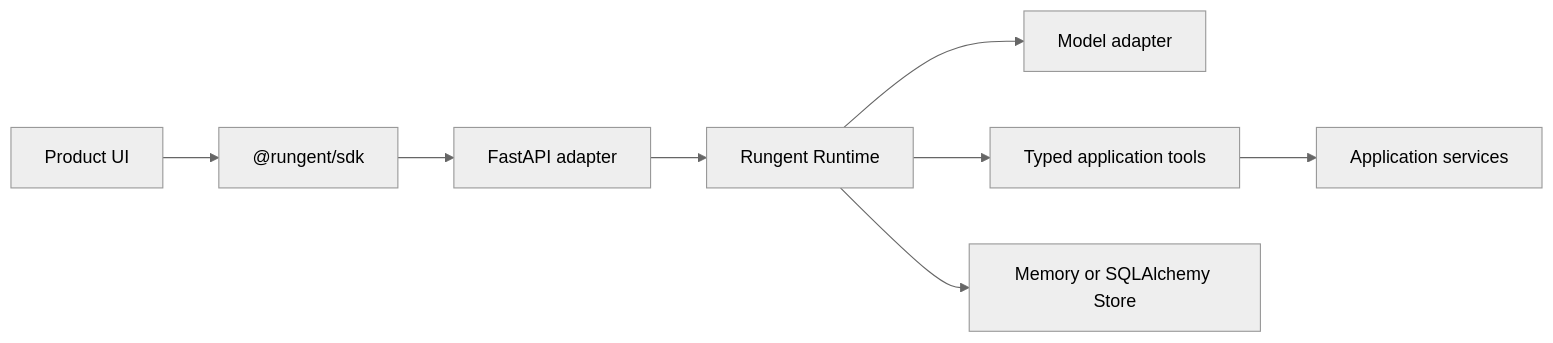
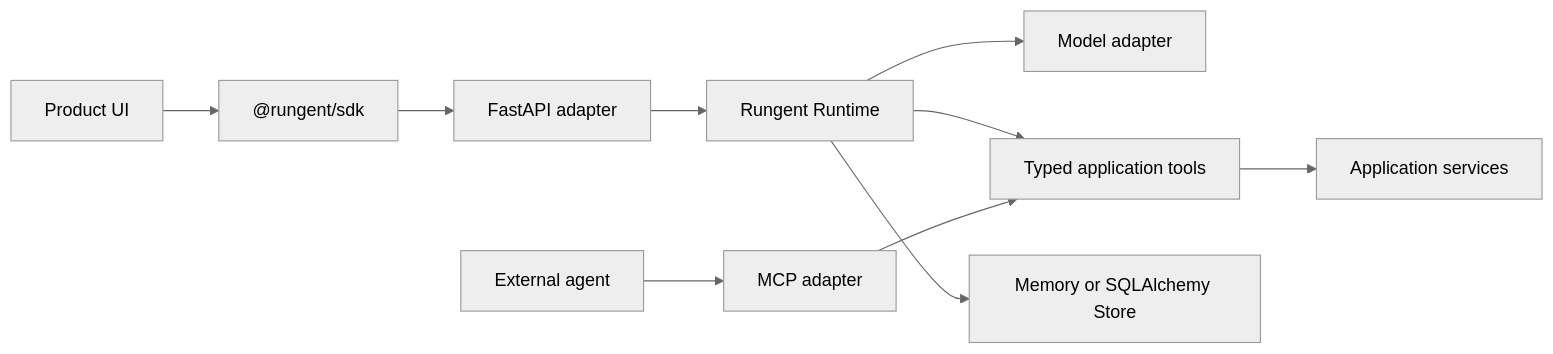
Before and after one commit to rungent/rungent: the first of 2 diagrams in docs/architecture.mdx, drawn with Mermaid (neutral theme). The commit also changed other lines of this file and 17 other files, not shown here.

First line of the commit message:
Add an in-process MCP adapter and Skill export for the same @tool catalog.

````diff
--- a/docs/architecture.mdx
+++ b/docs/architecture.mdx
@@ -12,10 +12,12 @@
 ```mermaid
 flowchart LR
   UI["Product UI"] --> SDK["@rungent/sdk"]
   SDK --> HTTP["FastAPI adapter"]
   HTTP --> Runtime["Rungent Runtime"]
   Runtime --> Model["Model adapter"]
   Runtime --> Tools["Typed application tools"]
   Runtime --> Store["Memory or SQLAlchemy Store"]
   Tools --> Domain["Application services"]
+  Ext["External agent"] --> MCP["MCP adapter"]
+  MCP --> Tools
 ```
````
